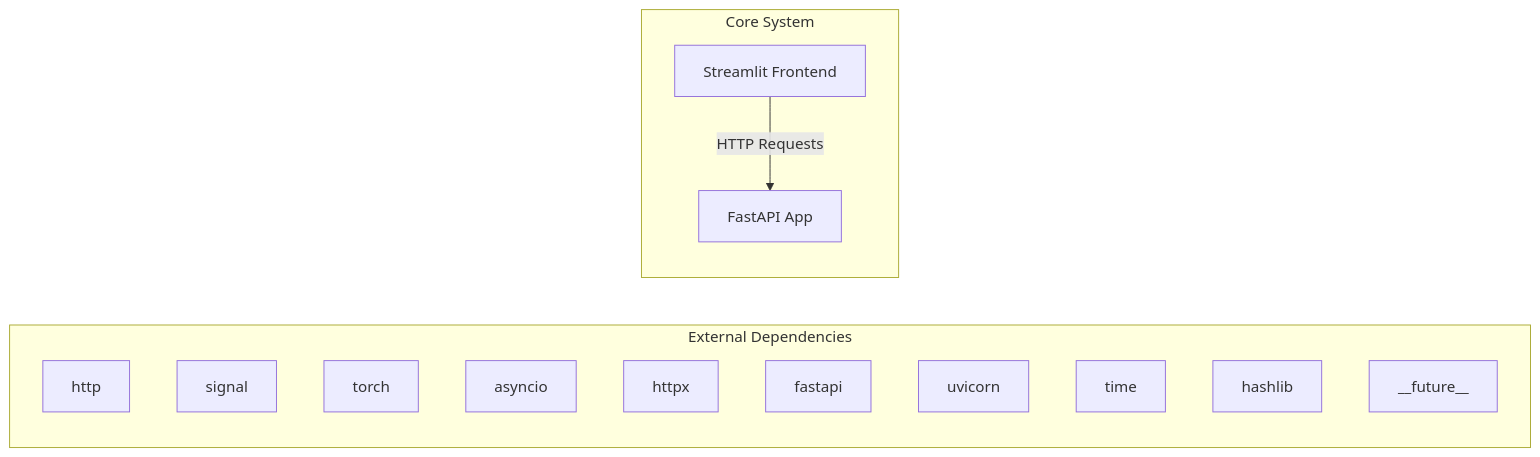
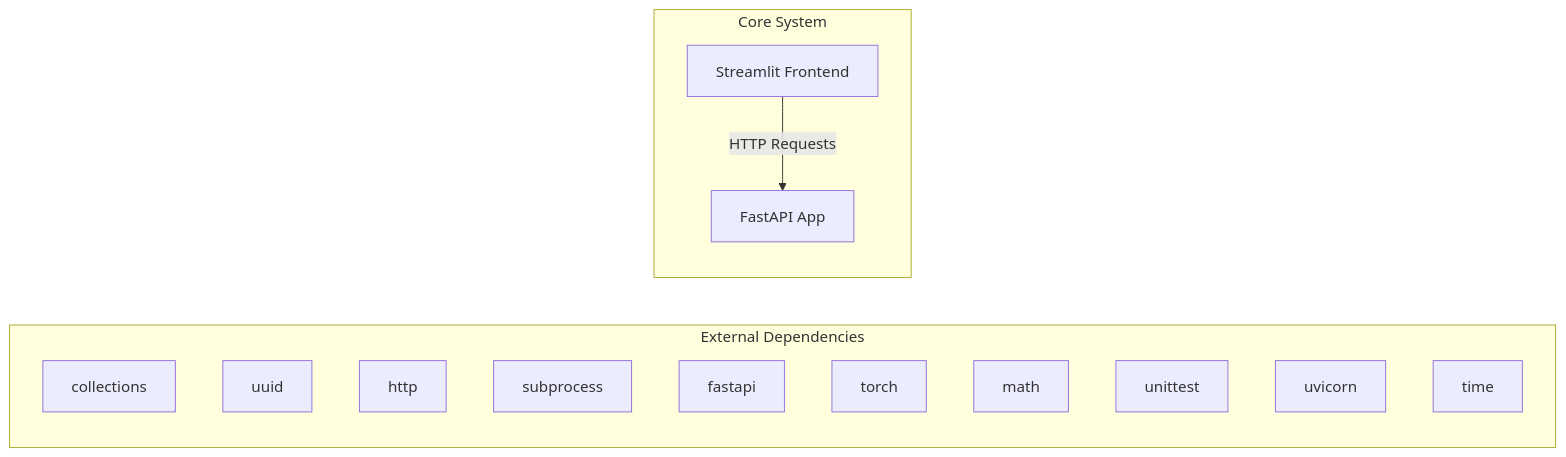
The first of 2 diagrams in docs/architecture.md (NITISH-R-G/rag-context-optimizer), drawn with Mermaid before and after one commit. The commit also changed 1 other file, not shown here.

Commit message:
docs: auto-update repository knowledge, architecture diagrams, and documentation

````diff
--- a/docs/architecture.md
+++ b/docs/architecture.md
@@ -7,20 +7,20 @@
 ```mermaid
 graph LR
     subgraph External Dependencies
-        E0["http"]
-        E1["signal"]
-        E2["torch"]
-        E3["asyncio"]
-        E4["httpx"]
-        E5["fastapi"]
-        E6["uvicorn"]
-        E7["time"]
-        E8["hashlib"]
-        E9["__future__"]
+        E0["collections"]
+        E1["uuid"]
+        E2["http"]
+        E3["subprocess"]
+        E4["fastapi"]
+        E5["torch"]
+        E6["math"]
+        E7["unittest"]
+        E8["uvicorn"]
+        E9["time"]
     end
     subgraph Core System
         API["FastAPI App"]
         UI["Streamlit Frontend"]
     end
     UI -->|HTTP Requests| API
 ```
````
